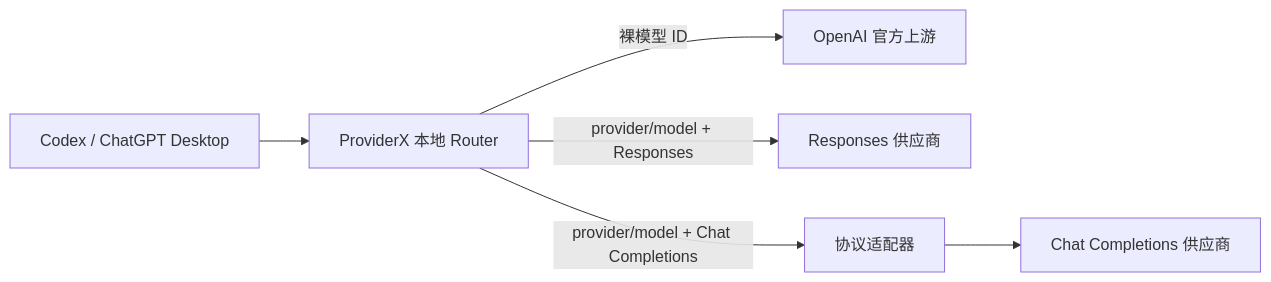
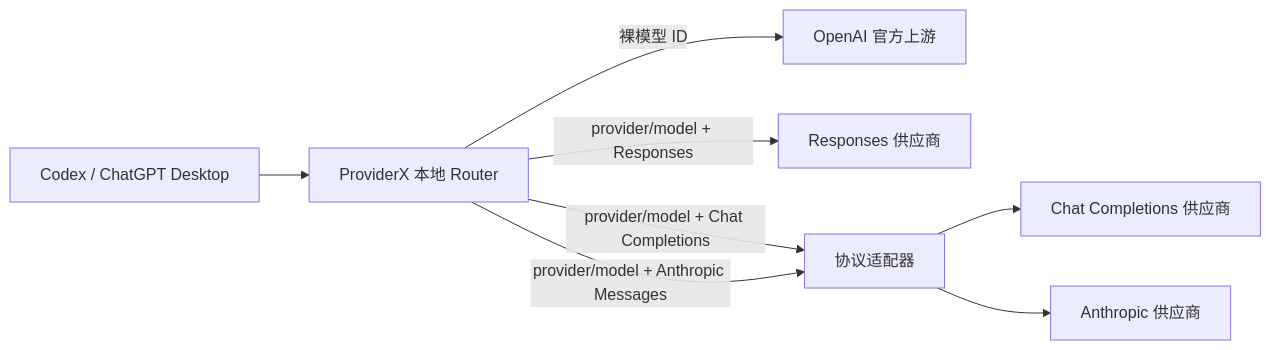
The diagram in README.zh-CN.md (brookqin/provider-x), drawn with Mermaid before and after one commit. The commit also changed other lines of this file and 36 other files, not shown here.

Commit message:
feat: add Anthropic Messages protocol support

````diff
--- a/README.zh-CN.md
+++ b/README.zh-CN.md
@@ -40,8 +40,10 @@
 ```mermaid
 flowchart LR
     A["Codex / ChatGPT Desktop"] --> B["ProviderX 本地 Router"]
     B -->|"裸模型 ID"| C["OpenAI 官方上游"]
     B -->|"provider/model + Responses"| D["Responses 供应商"]
     B -->|"provider/model + Chat Completions"| E["协议适配器"]
     E --> F["Chat Completions 供应商"]
+    B -->|"provider/model + Anthropic Messages"| E
+    E --> G["Anthropic 供应商"]
 ```
````
